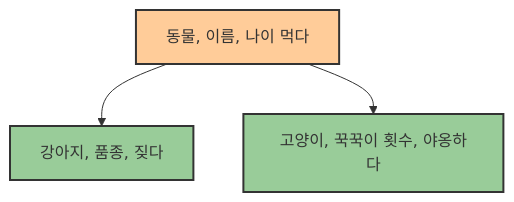
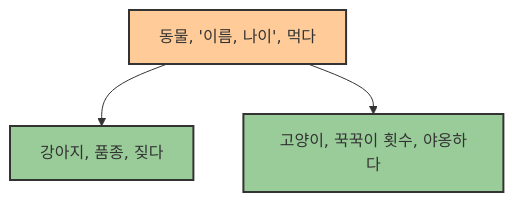
One commit to hanaoverride/data-scientist-cookbook-for-korean changed the diagram in Chapter I. 기반지식 학습/2. 파이썬 기초/3. 객체 지향 프로그래밍/3. 클래스의 상속과 다형성.md. Above: the diagram before and after it, drawn with Mermaid. The commit also changed other lines of this file and 74 other files, not shown here.

````diff
--- a/Chapter I. 기반지식 학습/2. 파이썬 기초/3. 객체 지향 프로그래밍/3. 클래스의 상속과 다형성.md
+++ b/Chapter I. 기반지식 학습/2. 파이썬 기초/3. 객체 지향 프로그래밍/3. 클래스의 상속과 다형성.md
@@ -21,9 +21,9 @@
 ```mermaid
 graph TD
-    A[동물, 이름, 나이 먹다] --> B[강아지, 품종, 짖다]
+    A[동물, '이름, 나이', 먹다] --> B[강아지, 품종, 짖다]
     A --> C[고양이, 꾹꾹이 횟수, 야옹하다]
     
     style A fill:#FFCC99,stroke:#333,stroke-width:2px
     style B fill:#99CC99,stroke:#333,stroke-width:2px
     style C fill:#99CC99,stroke:#333,stroke-width:2px
 ```
````
